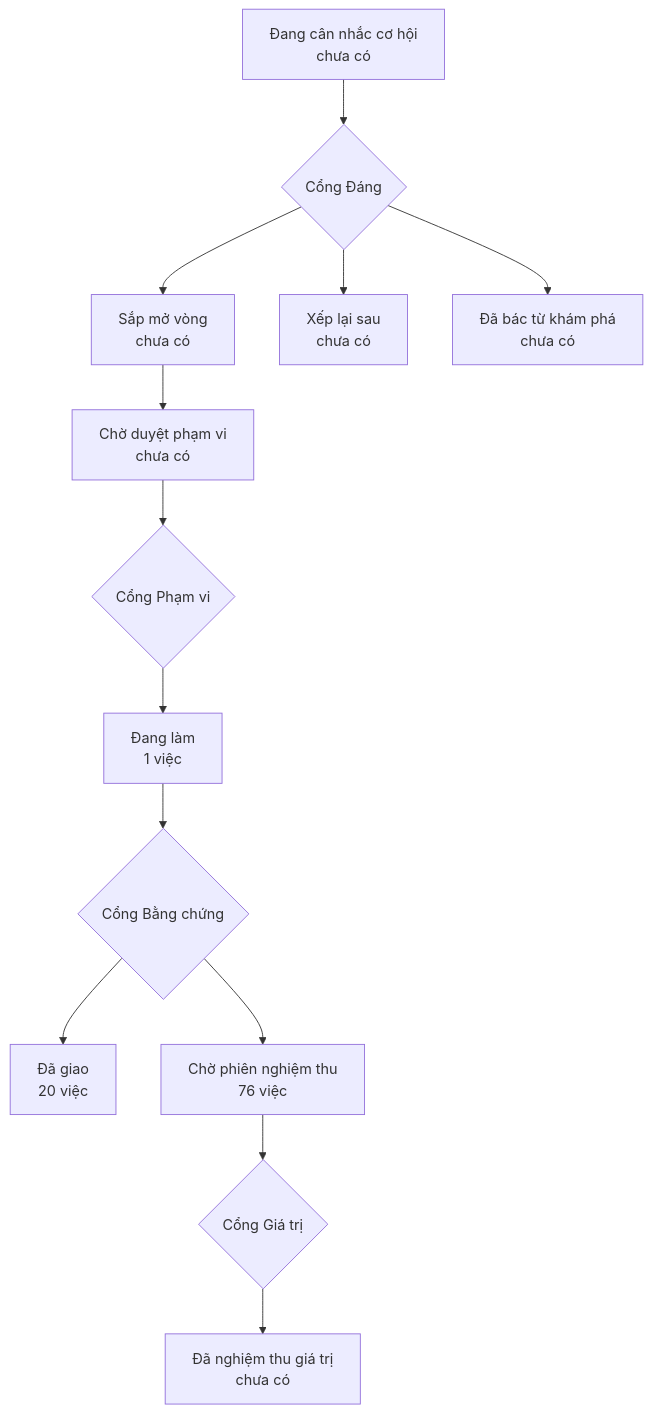
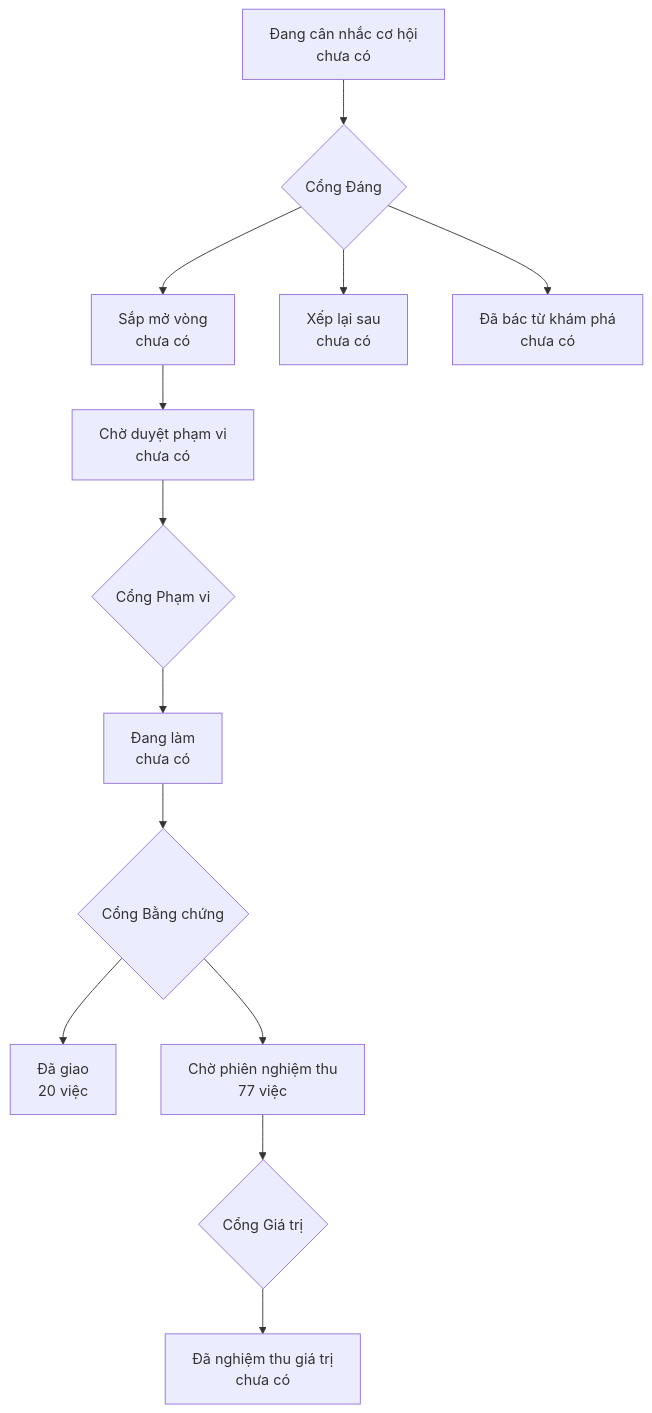
Before and after one commit to phanlemanh/onehub-quy-hang: the diagram in PRODUCT-MAP.md, drawn with Mermaid. The commit also changed other lines of this file and 4 other files, not shown here.

````diff
--- a/PRODUCT-MAP.md
+++ b/PRODUCT-MAP.md
@@ -7,12 +7,12 @@
 ```mermaid
 flowchart TD
   A["Đang cân nhắc cơ hội<br/>chưa có"] --> GD{"Cổng Đáng"}
   GD --> B["Sắp mở vòng<br/>chưa có"]
   GD --> XL["Xếp lại sau<br/>chưa có"]
   GD --> DB["Đã bác từ khám phá<br/>chưa có"]
   B --> CD["Chờ duyệt phạm vi<br/>chưa có"] --> GP{"Cổng Phạm vi"}
-  GP --> DL["Đang làm<br/>1 việc"] --> GB{"Cổng Bằng chứng"}
+  GP --> DL["Đang làm<br/>chưa có"] --> GB{"Cổng Bằng chứng"}
   GB --> DG["Đã giao<br/>20 việc"]
-  GB --> CN["Chờ phiên nghiệm thu<br/>76 việc"] --> GG{"Cổng Giá trị"}
+  GB --> CN["Chờ phiên nghiệm thu<br/>77 việc"] --> GG{"Cổng Giá trị"}
   GG --> NT["Đã nghiệm thu giá trị<br/>chưa có"]
 ```
````
